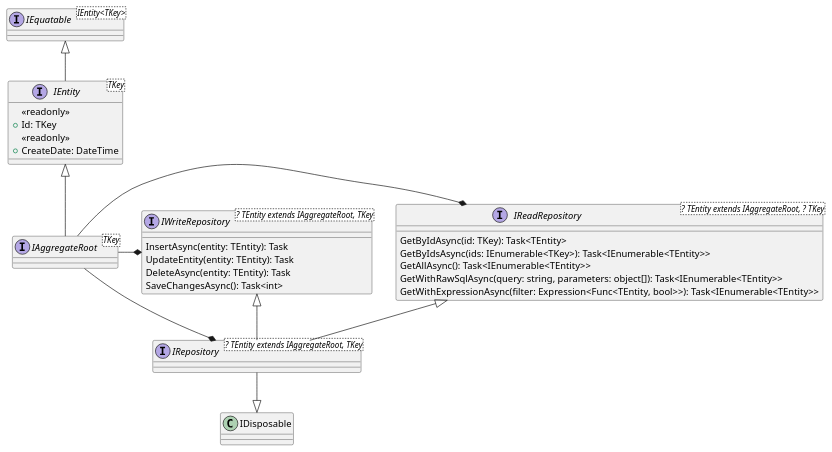
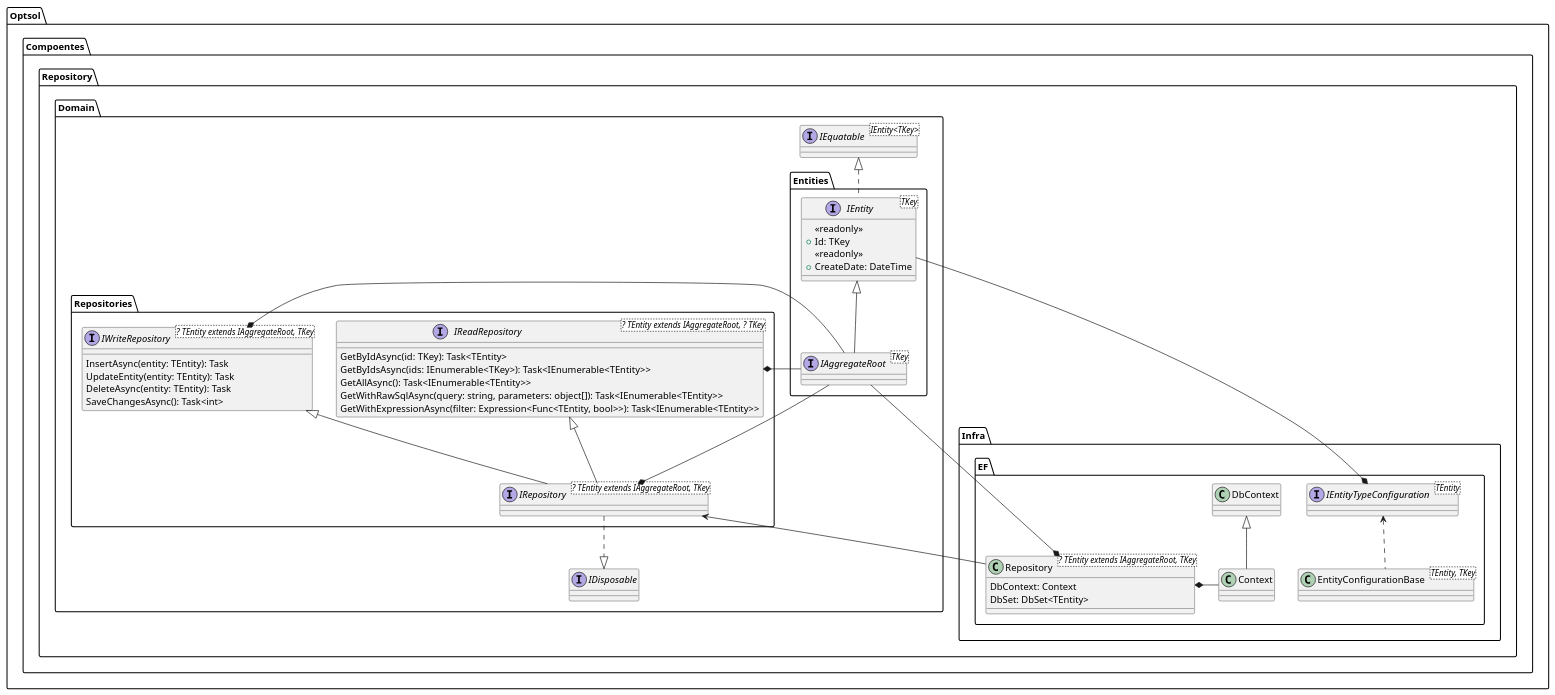
One commit to optsoldev/components-repository-package changed the diagram in .asserts/repository-pattern.puml. Above: the diagram before and after it, drawn with PlantUML. The commit also changed 2 other files, not shown here.

Commit message:
Ajustes no diagrama

```diff
--- a/.asserts/repository-pattern.puml
+++ b/.asserts/repository-pattern.puml
@@ -1,47 +1,75 @@
 @startuml repository-pattern
 
-'Interfaces e Classes
+package Optsol.Compoentes.Repository {
+    
+    package Domain {
+        interface IEquatable<IEntity<TKey>>
+        interface IDisposable
+        package Entities {
+            interface IEntity<TKey> {
+                <<readonly>>
+                + Id: TKey
+                <<readonly>>
+                + CreateDate: DateTime
+            }
 
-interface IEquatable<IEntity<TKey>>
-interface IEntity<TKey> {
-    <<readonly>>
-    + Id: TKey
-    <<readonly>>
-    + CreateDate: DateTime
+            interface IAggregateRoot<TKey>
+        }
+        package Repositories {
+            interface IReadRepository<? TEntity extends IAggregateRoot, ? TKey> {
+                GetByIdAsync(id: TKey): Task<TEntity>
+                GetByIdsAsync(ids: IEnumerable<TKey>): Task<IEnumerable<TEntity>>
+                GetAllAsync(): Task<IEnumerable<TEntity>>
+                GetWithRawSqlAsync(query: string, parameters: object[]): Task<IEnumerable<TEntity>>
+                GetWithExpressionAsync(filter: Expression<Func<TEntity, bool>>): Task<IEnumerable<TEntity>>
+            }
+
+            interface IWriteRepository<? TEntity extends IAggregateRoot, TKey> {
+                InsertAsync(entity: TEntity): Task
+                UpdateEntity(entity: TEntity): Task
+                DeleteAsync(entity: TEntity): Task
+                SaveChangesAsync(): Task<int>
+            }
+
+            interface IRepository<? TEntity extends IAggregateRoot, TKey>
+        }
+
+        IEquatable <|.. IEntity
+        IEntity <|-- IAggregateRoot
+
+        IAggregateRoot -* IReadRepository
+        IAggregateRoot -* IWriteRepository
+        IAggregateRoot -* IRepository
+
+        IReadRepository <|-- IRepository
+        IWriteRepository <|-- IRepository
+
+        IRepository ..|> IDisposable
+    }
+
+    package Infra.EF {
+            interface IEntityTypeConfiguration<TEntity>
+
+            class DbContext
+            class Context 
+            
+            class Repository<? TEntity extends IAggregateRoot, TKey> {
+                DbContext: Context
+                DbSet: DbSet<TEntity>
+            }
+
+            class EntityConfigurationBase<TEntity, TKey>
+
+            IEntity -* IEntityTypeConfiguration
+
+            IEntityTypeConfiguration <.. EntityConfigurationBase
+
+            IRepository <-- Repository
+            DbContext <|-- Context
+
+            Context -* Repository
+            IAggregateRoot -* Repository
+    }
 }
 
-interface IAggregateRoot<TKey> 
-
-interface IReadRepository<? TEntity extends IAggregateRoot, ? TKey> {
-    GetByIdAsync(id: TKey): Task<TEntity>
-    GetByIdsAsync(ids: IEnumerable<TKey>): Task<IEnumerable<TEntity>>
-    GetAllAsync(): Task<IEnumerable<TEntity>>
-    GetWithRawSqlAsync(query: string, parameters: object[]): Task<IEnumerable<TEntity>>
-    GetWithExpressionAsync(filter: Expression<Func<TEntity, bool>>): Task<IEnumerable<TEntity>>
-}
-
-interface IWriteRepository<? TEntity extends IAggregateRoot, TKey> {
-    InsertAsync(entity: TEntity): Task
-    UpdateEntity(entity: TEntity): Task
-    DeleteAsync(entity: TEntity): Task
-    SaveChangesAsync(): Task<int>
-}
-
-interface IRepository<? TEntity extends IAggregateRoot, TKey>
-
-'Relacionamentos
-
-IEquatable <|-- IEntity
-IEntity <|-- IAggregateRoot
-
-IAggregateRoot -* IReadRepository
-IAggregateRoot -* IWriteRepository
-IAggregateRoot -* IRepository
-
-IReadRepository <|-- IRepository
-IWriteRepository <|-- IRepository
-
-
-IRepository --|> IDisposable
-
 @enduml
```
